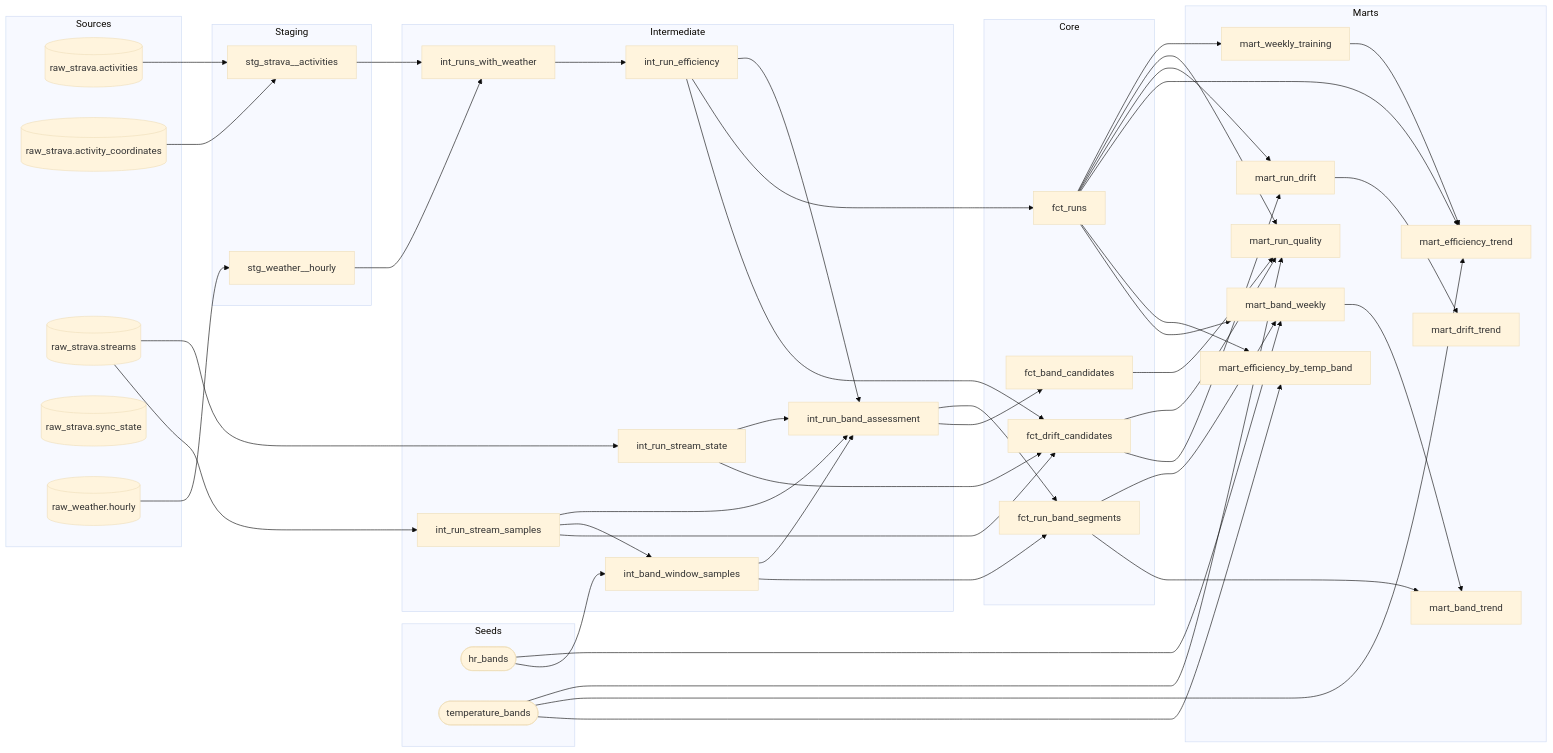
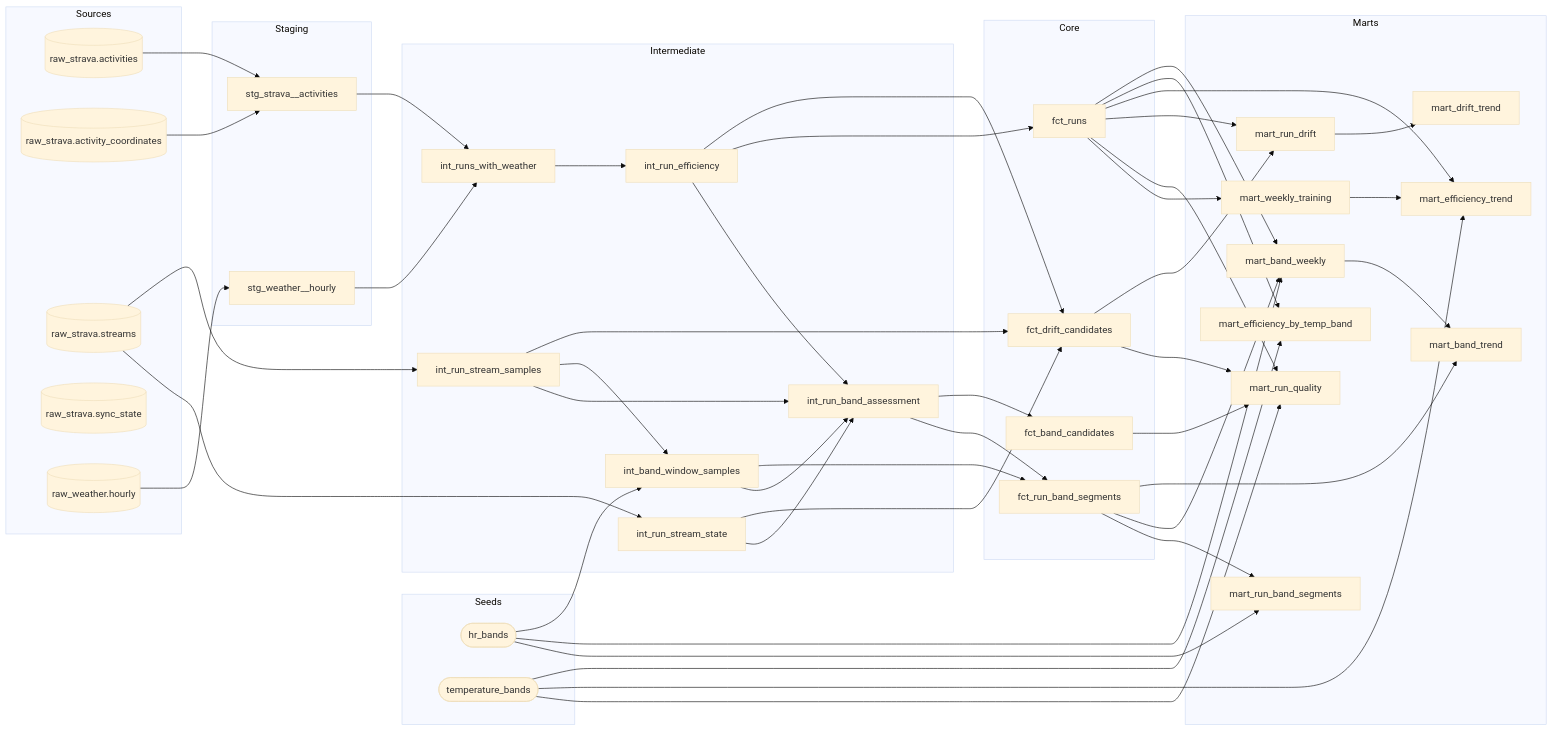
Before and after one commit to mowen18/running-analytics-pipeline: the diagram in README.md, drawn with Mermaid (base theme). The commit also changed other lines of this file and 3 other files, not shown here.

```diff
--- a/README.md
+++ b/README.md
@@ -249,6 +249,7 @@
         model_running_analytics_mart_drift_trend["mart_drift_trend"]
         model_running_analytics_mart_efficiency_by_temp_band["mart_efficiency_by_temp_band"]
         model_running_analytics_mart_efficiency_trend["mart_efficiency_trend"]
+        model_running_analytics_mart_run_band_segments["mart_run_band_segments"]
         model_running_analytics_mart_run_drift["mart_run_drift"]
         model_running_analytics_mart_run_quality["mart_run_quality"]
         model_running_analytics_mart_weekly_training["mart_weekly_training"]
@@ -259,6 +260,7 @@
     model_running_analytics_fct_drift_candidates --> model_running_analytics_mart_run_quality
     model_running_analytics_fct_run_band_segments --> model_running_analytics_mart_band_trend
     model_running_analytics_fct_run_band_segments --> model_running_analytics_mart_band_weekly
+    model_running_analytics_fct_run_band_segments --> model_running_analytics_mart_run_band_segments
     model_running_analytics_fct_runs --> model_running_analytics_mart_band_weekly
     model_running_analytics_fct_runs --> model_running_analytics_mart_efficiency_by_temp_band
     model_running_analytics_fct_runs --> model_running_analytics_mart_efficiency_trend
@@ -285,6 +287,7 @@
     model_running_analytics_stg_weather__hourly --> model_running_analytics_int_runs_with_weather
     seed_running_analytics_hr_bands --> model_running_analytics_int_band_window_samples
     seed_running_analytics_hr_bands --> model_running_analytics_mart_band_weekly
+    seed_running_analytics_hr_bands --> model_running_analytics_mart_run_band_segments
     seed_running_analytics_temperature_bands --> model_running_analytics_mart_efficiency_by_temp_band
     seed_running_analytics_temperature_bands --> model_running_analytics_mart_efficiency_trend
     seed_running_analytics_temperature_bands --> model_running_analytics_mart_run_quality
```
